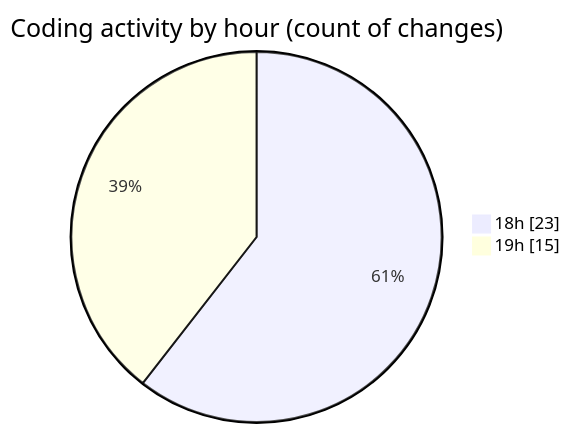
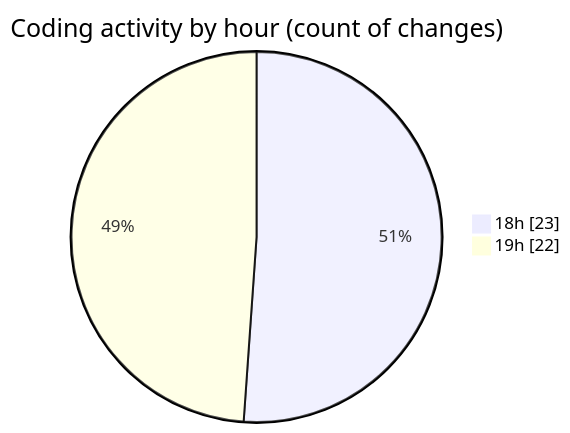
Before and after one commit to Netris89/code-tracking: the second of 2 diagrams in 2025-03-27/back-end/README.md, drawn with Mermaid. The commit also changed other lines of this file and 1 other file, not shown here.

````diff
--- a/2025-03-27/back-end/README.md
+++ b/2025-03-27/back-end/README.md
@@ -36,6 +36,6 @@
 ```mermaid
 pie showData
 title Coding activity by hour (count of changes)
 "18h" : 23
-"19h" : 15
+"19h" : 22
 ```
````
